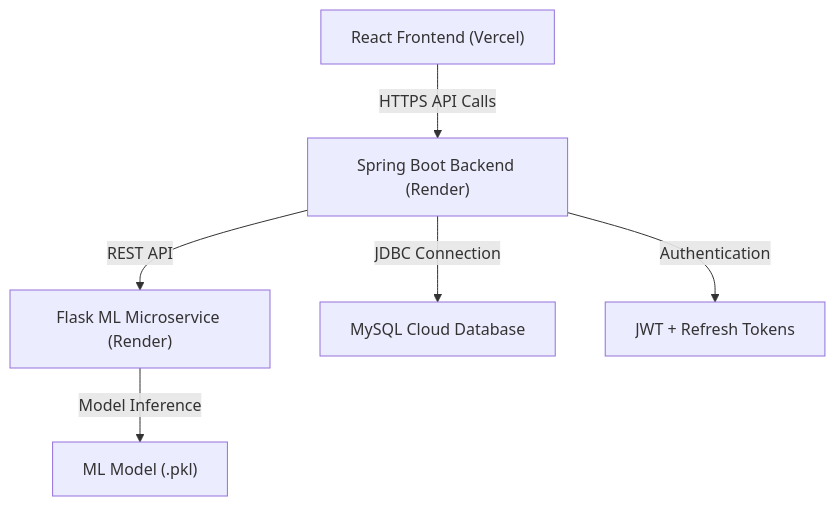
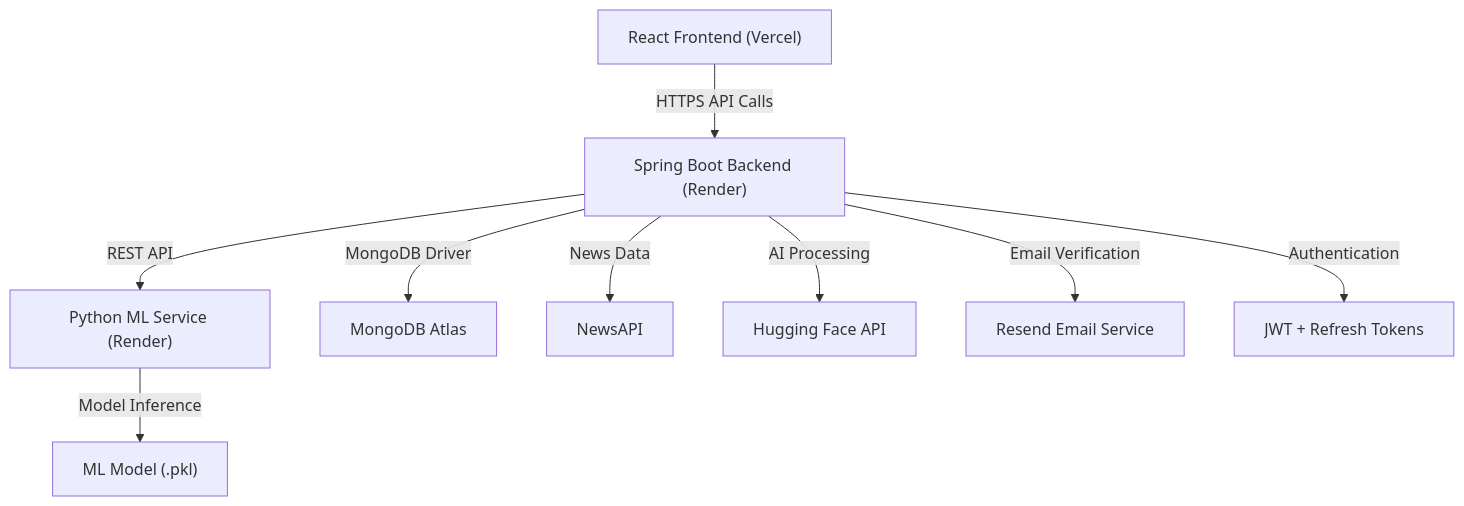
The diagram in docs/phase-6-deployment.md (AvneshTech/TrueLens-AI-Powered-News-Intelligence-Platform), drawn with Mermaid before and after one commit. The commit also changed other lines of this file and 2 other files, not shown here.

Commit message:
Update deployment architecture and production readiness docs

````diff
--- a/docs/phase-6-deployment.md
+++ b/docs/phase-6-deployment.md
@@ -56,10 +73,20 @@
 ```mermaid
 graph TD
-    A["React Frontend (Vercel)"] -->|HTTPS API Calls| B["Spring Boot Backend (Render)"]
-    B -->|REST API| C["Flask ML Microservice (Render)"]
-    B -->|JDBC Connection| D["MySQL Cloud Database"]
 
-    C -->|Model Inference| E["ML Model (.pkl)"]
+A["React Frontend (Vercel)"]
+--> |HTTPS API Calls| B["Spring Boot Backend (Render)"]
 
-    B -->|Authentication| F["JWT + Refresh Tokens"]
+B --> |REST API| C["Python ML Service (Render)"]
+
+B --> |MongoDB Driver| D["MongoDB Atlas"]
+
+B --> |News Data| E["NewsAPI"]
+
+B --> |AI Processing| F["Hugging Face API"]
+
+B --> |Email Verification| G["Resend Email Service"]
+
+C --> |Model Inference| H["ML Model (.pkl)"]
+
+B --> |Authentication| I["JWT + Refresh Tokens"]
 ```
````
